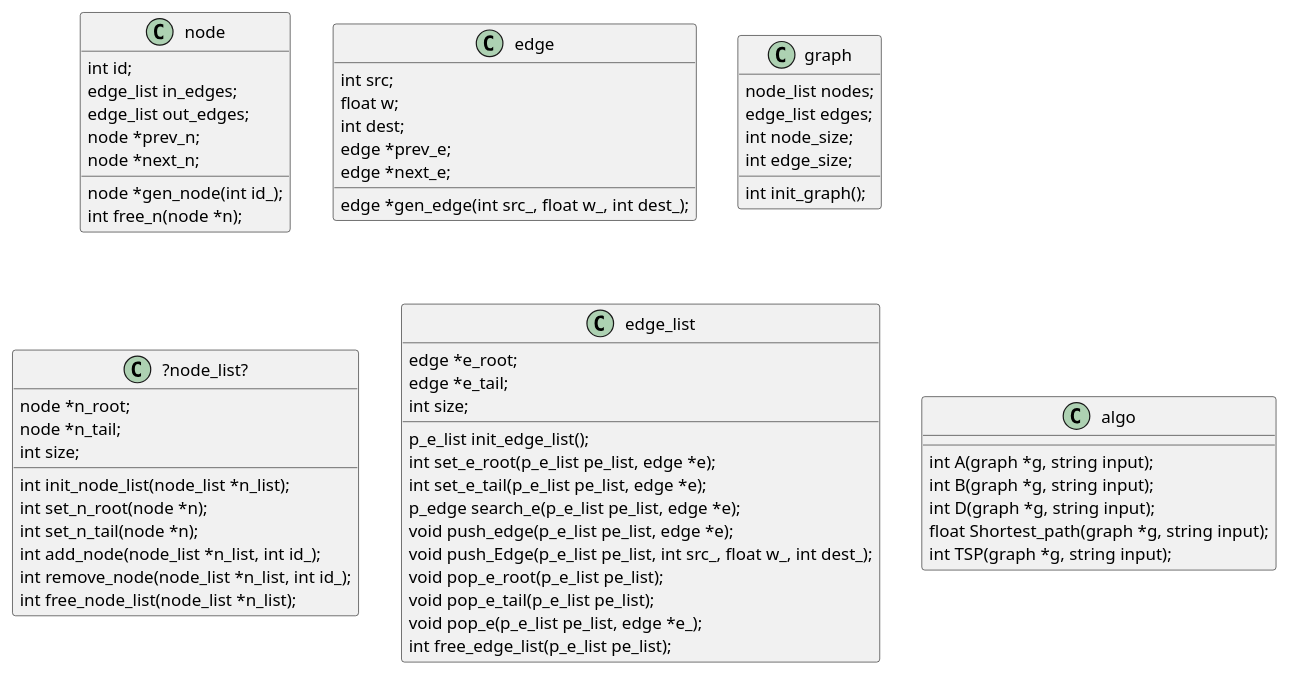
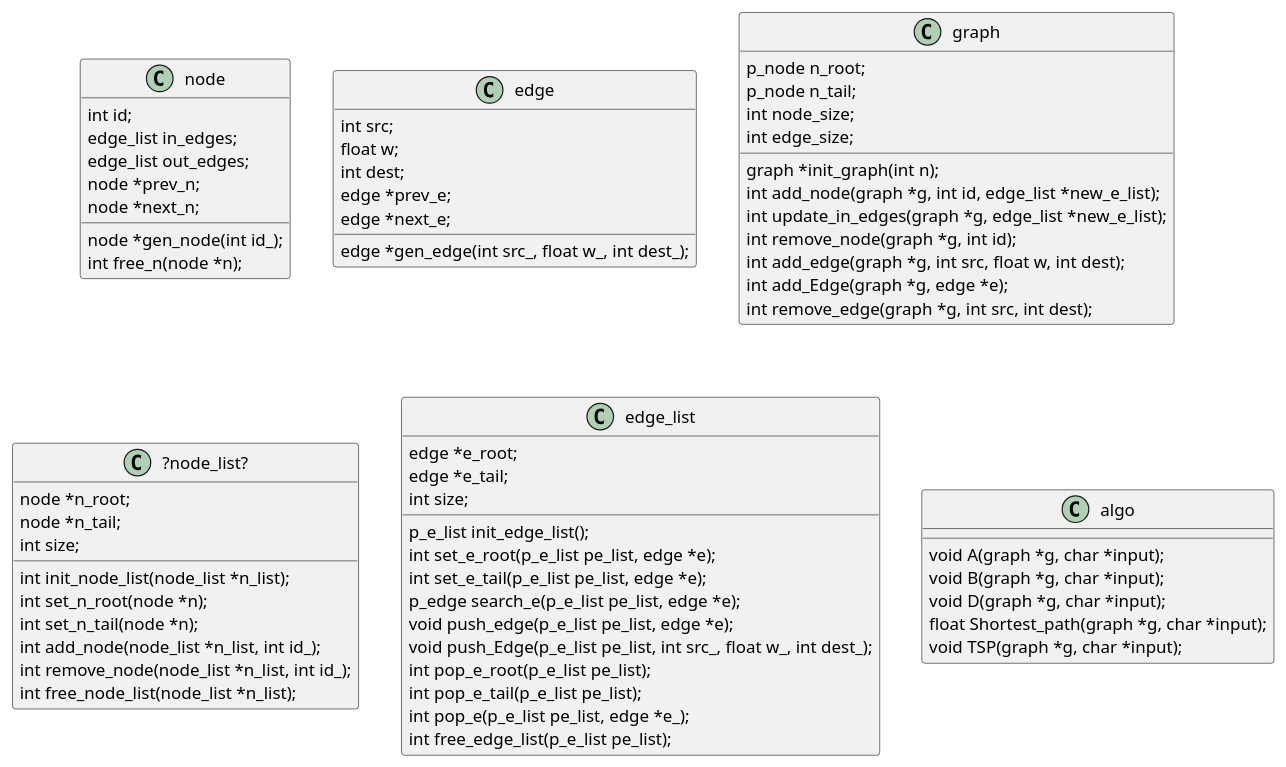
Before and after one commit to RF555/SofSys_Ex4: the diagram in Ex4_UML.puml, drawn with PlantUML. The commit also changed 3 other files, not shown here.

Commit message:
Update graph files

```diff
--- a/Ex4_UML.puml
+++ b/Ex4_UML.puml
@@ -1,77 +1,78 @@
 @startuml
 
 'graph -> edge_list
 'graph -> node_list
 'node_list --> node
 'edge_list --> edge
 'algo --> graph
 
 
 class node{
 int id;
 edge_list in_edges;
 edge_list out_edges;
 node *prev_n;
 node *next_n;
 node *gen_node(int id_);
 int free_n(node *n);
 }
 
 class edge{
 int src;
 float w;
 int dest;
 edge *prev_e;
 edge *next_e;
 edge *gen_edge(int src_, float w_, int dest_);
 }
 
 class graph{
-node_list nodes;
-edge_list edges;
+p_node n_root;
+p_node n_tail;
 int node_size;
 int edge_size;
-int init_graph();
-'void add_node(graph *g, int id);
-'void remove_node(graph *g, int id);
-'void add_edge(graph *g, int src, float w, int dest);
-'void add_Edge(graph *g, edge e);
-'void remove_edge(graph *g, int src, int dest);
+graph *init_graph(int n);
+int add_node(graph *g, int id, edge_list *new_e_list);
+int update_in_edges(graph *g, edge_list *new_e_list);
+int remove_node(graph *g, int id);
+int add_edge(graph *g, int src, float w, int dest);
+int add_Edge(graph *g, edge *e);
+int remove_edge(graph *g, int src, int dest);
 }
 
 class ?node_list?{
 node *n_root;
 node *n_tail;
 int size;
 int init_node_list(node_list *n_list);
 int set_n_root(node *n);
 int set_n_tail(node *n);
 int add_node(node_list *n_list, int id_);
 int remove_node(node_list *n_list, int id_);
 int free_node_list(node_list *n_list);
 }
 class edge_list{
 edge *e_root;
 edge *e_tail;
 int size;
 p_e_list init_edge_list();
 int set_e_root(p_e_list pe_list, edge *e);
 int set_e_tail(p_e_list pe_list, edge *e);
 p_edge search_e(p_e_list pe_list, edge *e);
 void push_edge(p_e_list pe_list, edge *e);
 void push_Edge(p_e_list pe_list, int src_, float w_, int dest_);
-void pop_e_root(p_e_list pe_list);
-void pop_e_tail(p_e_list pe_list);
-void pop_e(p_e_list pe_list, edge *e_);
+int pop_e_root(p_e_list pe_list);
+int pop_e_tail(p_e_list pe_list);
+int pop_e(p_e_list pe_list, edge *e_);
 int free_edge_list(p_e_list pe_list);
 }
 
 class algo{
-int A(graph *g, string input);
-int B(graph *g, string input);
-int D(graph *g, string input);
-float Shortest_path(graph *g, string input);
-int TSP(graph *g, string input);
+void A(graph *g, char *input);
+void B(graph *g, char *input);
+void D(graph *g, char *input);
+float Shortest_path(graph *g, char *input);
+void TSP(graph *g, char *input);
 }
 
 @enduml
```
